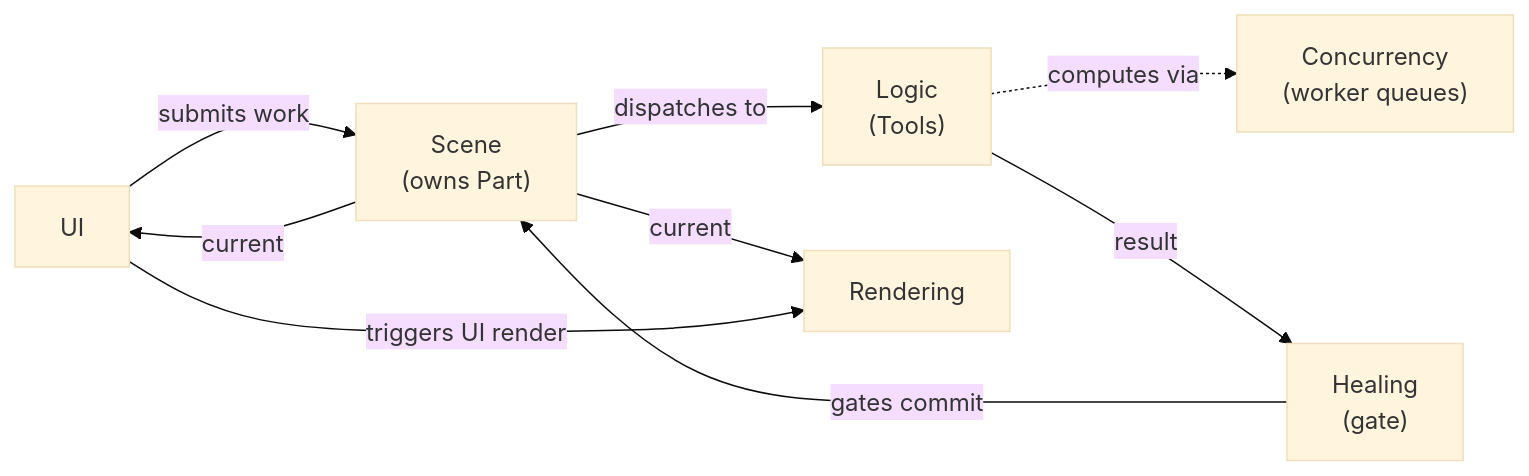
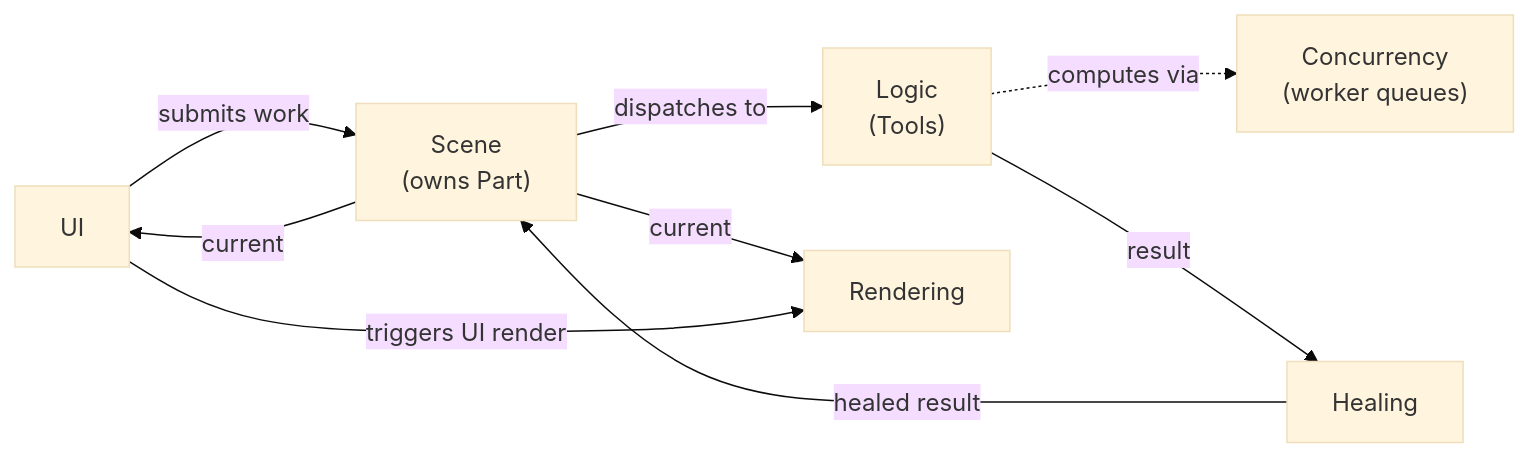
One commit to NikolaiIFedorov/3d-print-analyser changed the first of 6 diagrams in docs/architecture.md. Above: the diagram before and after it, drawn with Mermaid (base theme).

Commit message:
Healing heals

````diff
--- a/docs/architecture.md
+++ b/docs/architecture.md
@@ -54,18 +54,18 @@
 ```mermaid
 flowchart LR
     UI["UI"]
     Scene["Scene<br/>(owns Part)"]
     Logic["Logic<br/>(Tools)"]
     Concurrency["Concurrency<br/>(worker queues)"]
-    Healing["Healing<br/>(gate)"]
+    Healing["Healing"]
     Rendering["Rendering"]
 
     UI -- "submits work" --> Scene
     Scene -- "dispatches to" --> Logic
     Logic -. "computes via" .-> Concurrency
     Logic -- "result" --> Healing
-    Healing -- "gates commit" --> Scene
+    Healing -- "healed result" --> Scene
     Scene -- "current" --> Rendering
     Scene -- "current" --> UI
     UI -- "triggers UI render" --> Rendering
 ```
````
